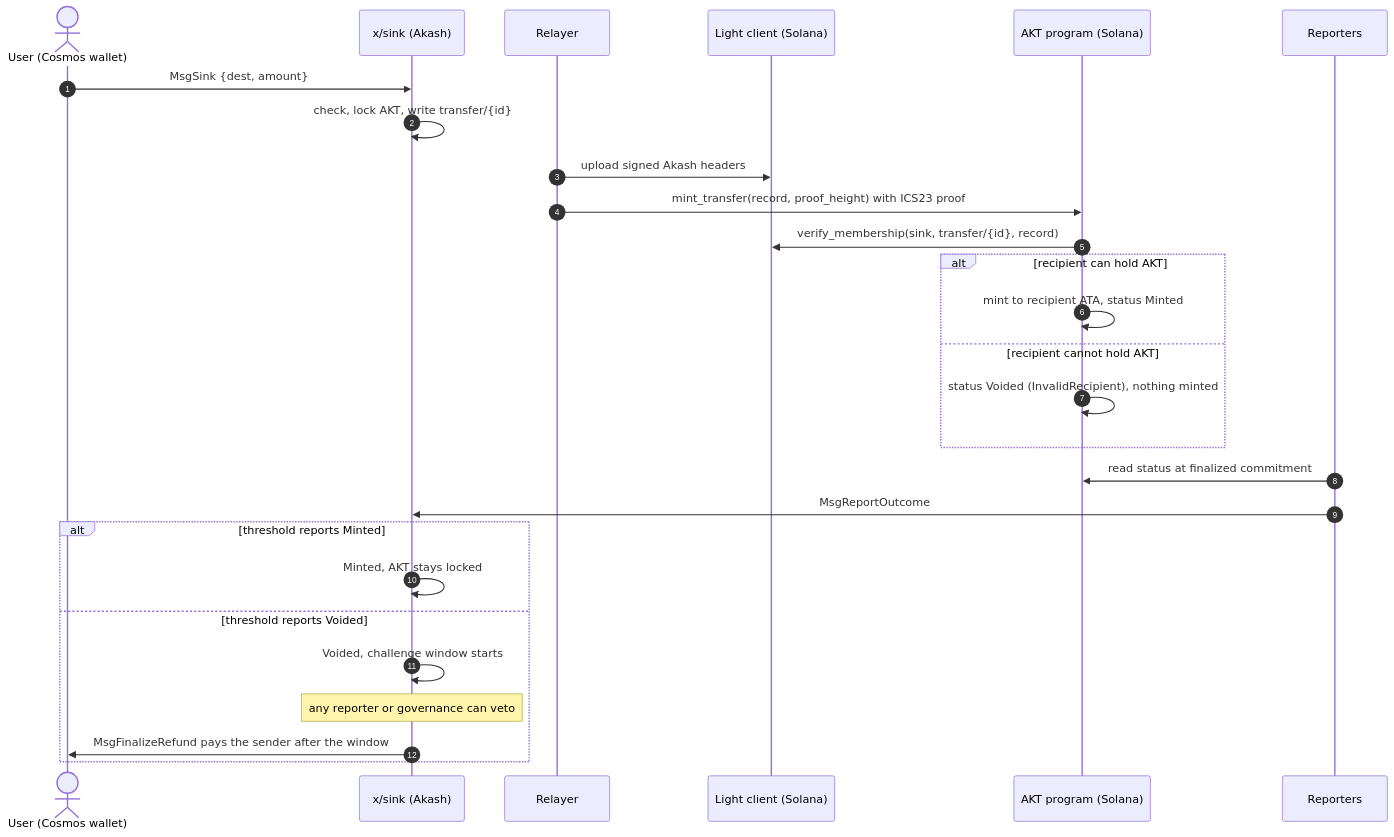
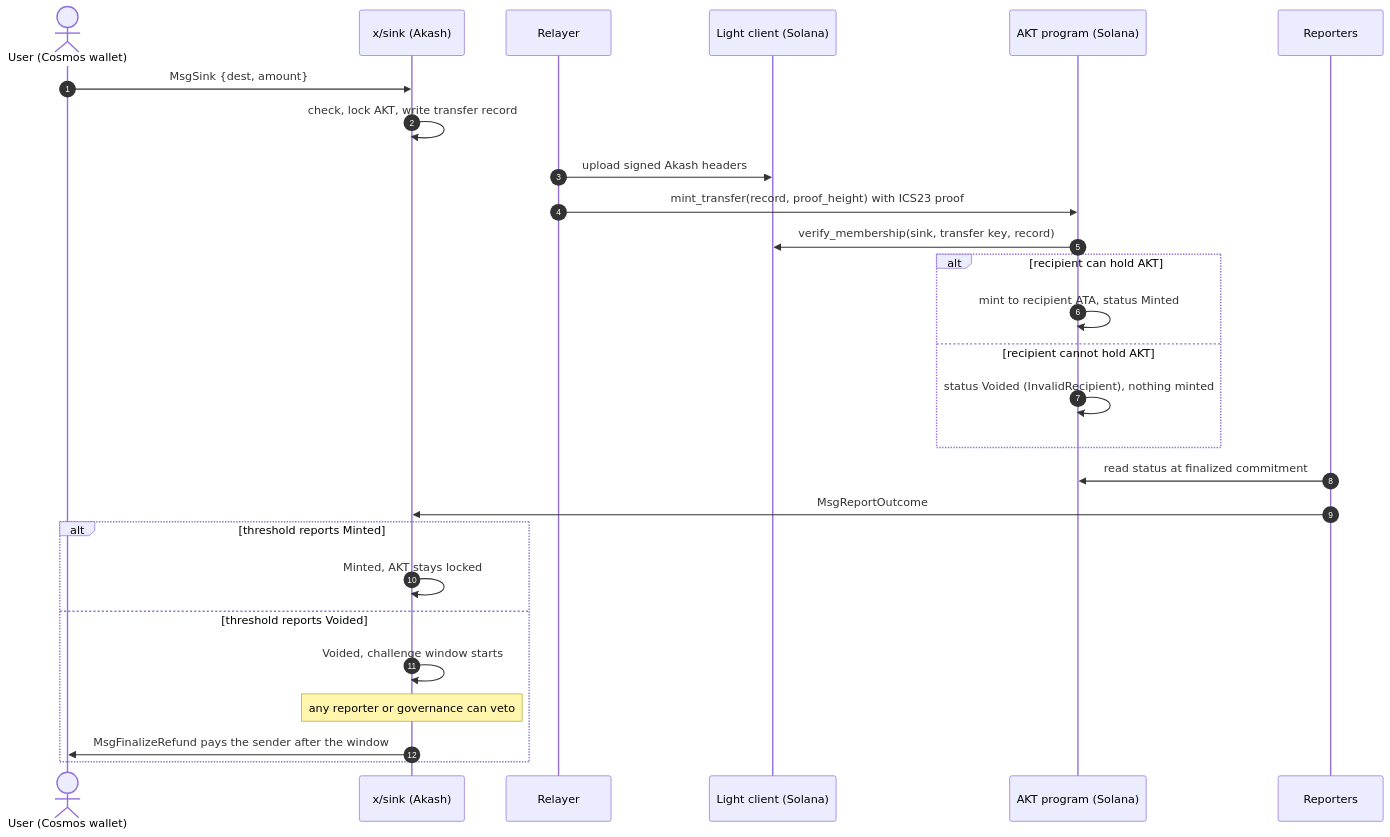
Before and after one commit to akash-network/AEP: the diagram in spec/aep-95/README.md, drawn with Mermaid. The commit also changed other lines of this file, not shown here.

First line of the commit message:
docs(aep-95): use fixed-width x/sink store keys

````diff
--- a/spec/aep-95/README.md
+++ b/spec/aep-95/README.md
@@ -96,30 +96,30 @@
 ```mermaid
 sequenceDiagram
     autonumber
     actor U as User (Cosmos wallet)
     participant S as x/sink (Akash)
     participant R as Relayer
     participant LC as Light client (Solana)
     participant M as AKT program (Solana)
     participant P as Reporters
 
     U->>S: MsgSink {dest, amount}
-    S->>S: check, lock AKT, write transfer/{id}
+    S->>S: check, lock AKT, write transfer record
     R->>LC: upload signed Akash headers
     R->>M: mint_transfer(record, proof_height) with ICS23 proof
-    M->>LC: verify_membership(sink, transfer/{id}, record)
+    M->>LC: verify_membership(sink, transfer key, record)
     alt recipient can hold AKT
         M->>M: mint to recipient ATA, status Minted
     else recipient cannot hold AKT
         M->>M: status Voided (InvalidRecipient), nothing minted
     end
     P->>M: read status at finalized commitment
     P->>S: MsgReportOutcome
     alt threshold reports Minted
         S->>S: Minted, AKT stays locked
     else threshold reports Voided
         S->>S: Voided, challenge window starts
         Note over S: any reporter or governance can veto
         S->>U: MsgFinalizeRefund pays the sender after the window
     end
 ```
````
